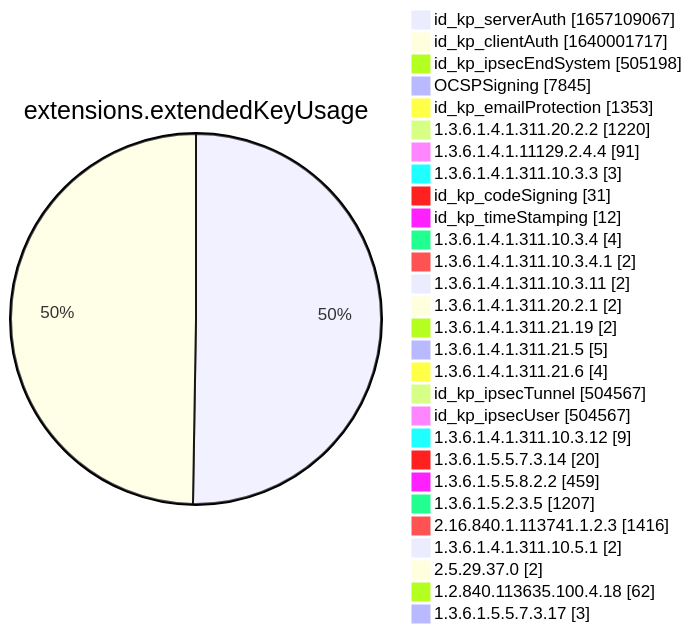
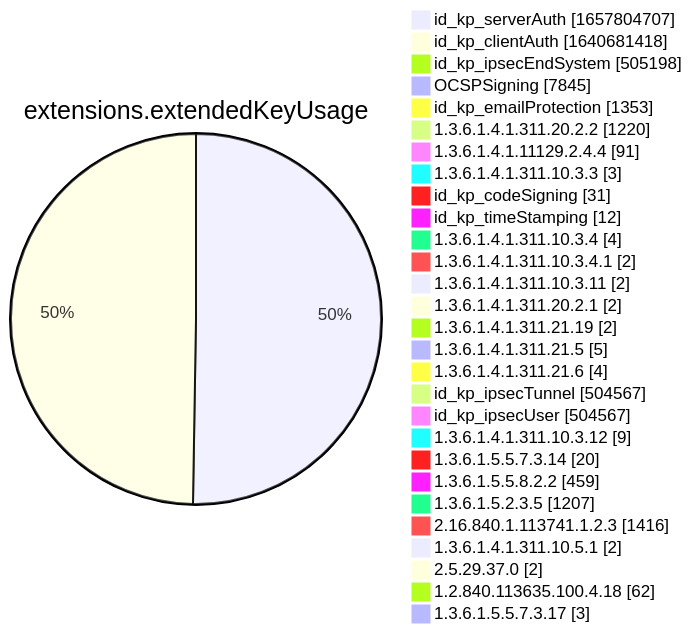
Diagram 12 of 15 in xenon2022/README.md (christiankrug/ctmonitor_visualization), drawn with Mermaid before and after one commit. The commit also changed other lines of this file, not shown here.

````diff
--- a/xenon2022/README.md
+++ b/xenon2022/README.md
@@ -3886,32 +3886,32 @@
 ```mermaid
 pie showData
 title extensions.extendedKeyUsage
-"id_kp_serverAuth" :1657109067
-"id_kp_clientAuth" :1640001717
+"id_kp_serverAuth" :1657804707
+"id_kp_clientAuth" :1640681418
 "id_kp_ipsecEndSystem" :505198
 "OCSPSigning" :7845
 "id_kp_emailProtection" :1353
 "1.3.6.1.4.1.311.20.2.2" :1220
 "1.3.6.1.4.1.11129.2.4.4" :91
 "1.3.6.1.4.1.311.10.3.3" :3
 "id_kp_codeSigning" :31
 "id_kp_timeStamping" :12
 "1.3.6.1.4.1.311.10.3.4" :4
 "1.3.6.1.4.1.311.10.3.4.1" :2
 "1.3.6.1.4.1.311.10.3.11" :2
 "1.3.6.1.4.1.311.20.2.1" :2
 "1.3.6.1.4.1.311.21.19" :2
 "1.3.6.1.4.1.311.21.5" :5
 "1.3.6.1.4.1.311.21.6" :4
 "id_kp_ipsecTunnel" :504567
 "id_kp_ipsecUser" :504567
 "1.3.6.1.4.1.311.10.3.12" :9
 "1.3.6.1.5.5.7.3.14" :20
 "1.3.6.1.5.5.8.2.2" :459
 "1.3.6.1.5.2.3.5" :1207
 "2.16.840.1.113741.1.2.3" :1416
 "1.3.6.1.4.1.311.10.5.1" :2
 "2.5.29.37.0" :2
 "1.2.840.113635.100.4.18" :62
 "1.3.6.1.5.5.7.3.17" :3
 ```
````
